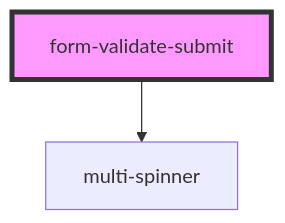
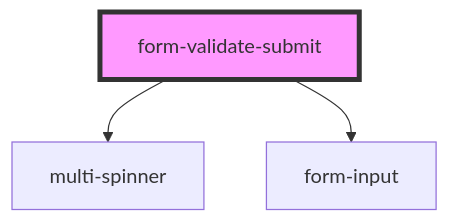
Before and after one commit to PharmaLedger-IMI/fgt-workspace: the diagram in pdm-web-components/src/components/form-validate-submit/readme.md, drawn with Mermaid. The commit also changed other lines of this file and 10 other files, not shown here.

````diff
--- a/pdm-web-components/src/components/form-validate-submit/readme.md
+++ b/pdm-web-components/src/components/form-validate-submit/readme.md
@@ -32,5 +35,6 @@
 ```mermaid
 graph TD;
   form-validate-submit --> multi-spinner
+  form-validate-submit --> form-input
   style form-validate-submit fill:#f9f,stroke:#333,stroke-width:4px
 ```
````
